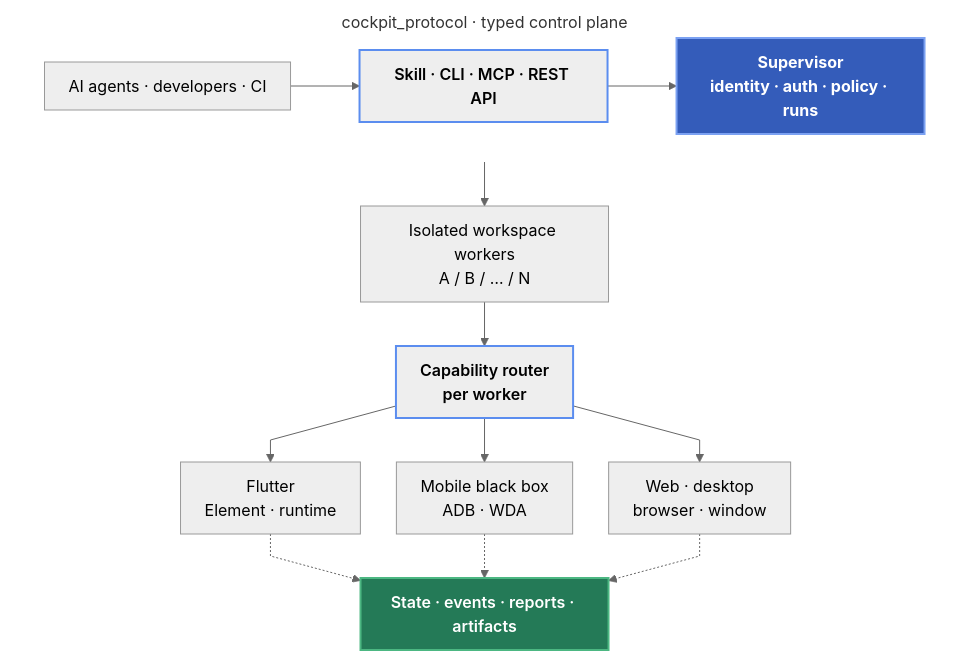
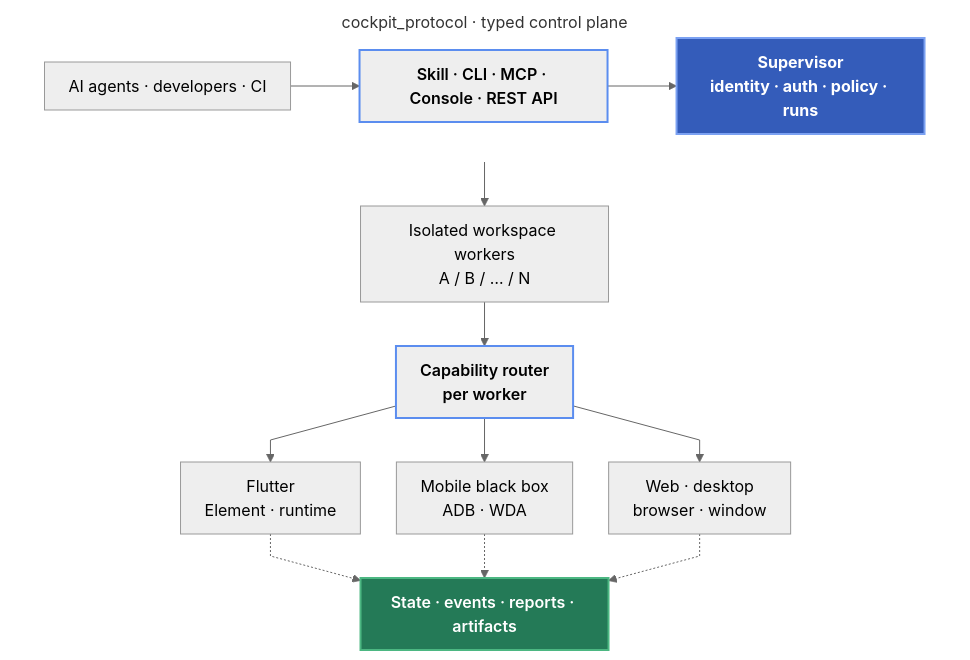
Before and after one commit to cockpit-dev/cockpit: the diagram in README.md, drawn with Mermaid (neutral theme). The commit also changed other lines of this file and 59 other files, not shown here.

````diff
--- a/README.md
+++ b/README.md
@@ -153,31 +176,31 @@
 ```mermaid
 %%{init: {"flowchart": {"curve": "linear", "nodeSpacing": 36, "rankSpacing": 44, "padding": 12}}}%%
 flowchart TB
   subgraph ControlPath["cockpit_protocol · typed control plane"]
     direction LR
     Actors["AI agents · developers · CI"]
-    Surfaces["Skill · CLI · MCP · REST API"]
+    Surfaces["Skill · CLI · MCP · Console · REST API"]
     Supervisor["Supervisor<br/>identity · auth · policy · runs"]
     Actors --> Surfaces --> Supervisor
   end
 
   Workers["Isolated workspace workers<br/>A / B / … / N"]
   Router["Capability router<br/>per worker"]
   Flutter["Flutter<br/>Element · runtime"]
   Native["Mobile black box<br/>ADB · WDA"]
   Desktop["Web · desktop<br/>browser · window"]
   Evidence["State · events · reports · artifacts"]
 
   Supervisor --> Workers --> Router
   Router --> Flutter & Native & Desktop
   Flutter & Native & Desktop -.-> Evidence
 
   classDef gateway stroke:#5B8DEF,stroke-width:2px,font-weight:600
   classDef core fill:#345CBA,stroke:#7BA1F2,color:#FFFFFF,stroke-width:2px,font-weight:700
   classDef evidence fill:#247A57,stroke:#4CB782,color:#FFFFFF,stroke-width:2px,font-weight:600
   class Surfaces,Router gateway
   class Supervisor core
   class Evidence evidence
 
   style ControlPath fill:transparent,stroke:transparent
 ```
````
